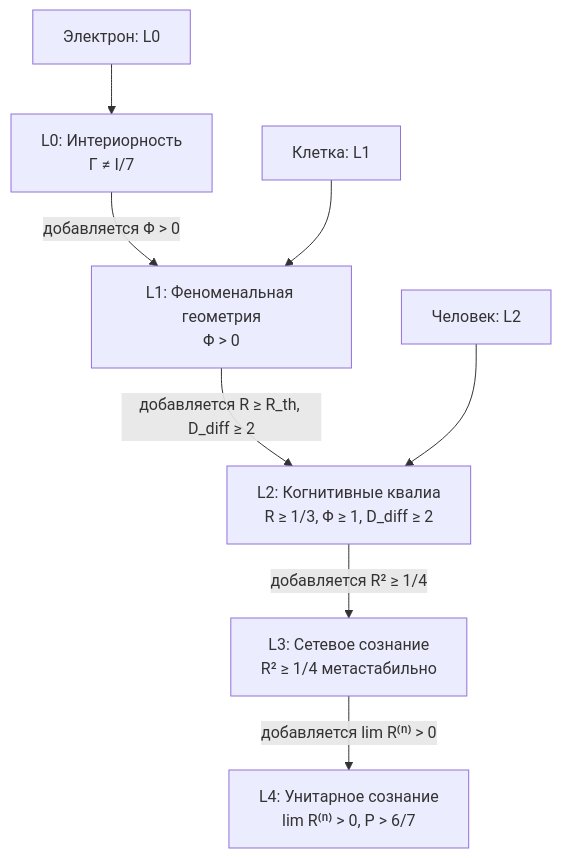
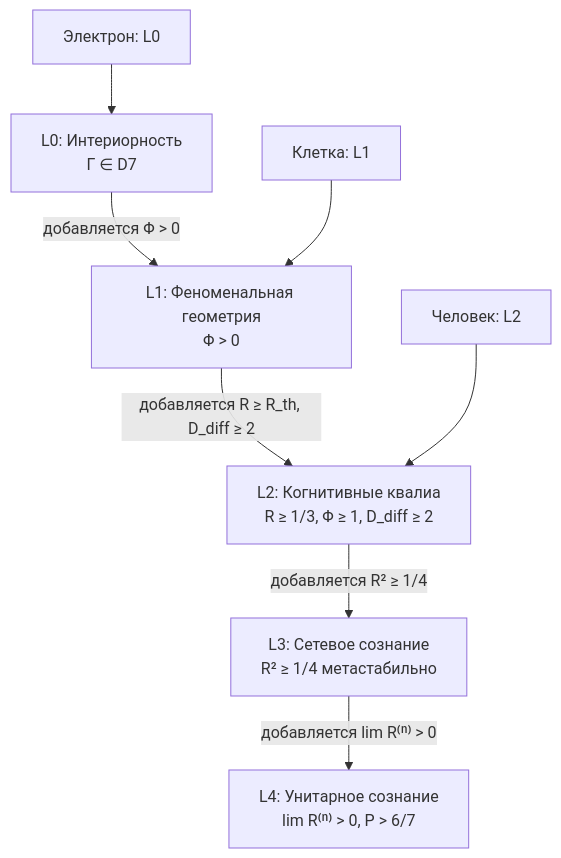
The second of 2 diagrams in website/i18n/ru/docusaurus-plugin-content-docs/current/consciousness/comparative/panpsychism-analysis.md (gst-st/uhm), drawn with Mermaid before and after one commit. The commit also changed other lines of this file and 248 other files, not shown here.

````diff
--- a/website/i18n/ru/docusaurus-plugin-content-docs/current/consciousness/comparative/panpsychism-analysis.md
+++ b/website/i18n/ru/docusaurus-plugin-content-docs/current/consciousness/comparative/panpsychism-analysis.md
@@ -278,17 +279,17 @@
 ```mermaid
 graph TD
-    L0[L0: Интериорность<br/>Γ ≠ I/7]
+    L0[L0: Интериорность<br/>Γ ∈ D7]
     L1[L1: Феноменальная геометрия<br/>Φ > 0]
     L2[L2: Когнитивные квалиа<br/>R ≥ 1/3, Φ ≥ 1, D_diff ≥ 2]
     L3[L3: Сетевое сознание<br/>R² ≥ 1/4 метастабильно]
     L4[L4: Унитарное сознание<br/>lim R⁽ⁿ⁾ > 0, P > 6/7]
 
     L0 -->|"добавляется Φ > 0"| L1
     L1 -->|"добавляется R ≥ R_th, D_diff ≥ 2"| L2
     L2 -->|"добавляется R² ≥ 1/4"| L3
     L3 -->|"добавляется lim R⁽ⁿ⁾ > 0"| L4
 
     ELEC[Электрон: L0] --> L0
     CELL[Клетка: L1] --> L1
     HUMAN[Человек: L2] --> L2
 ```
````
